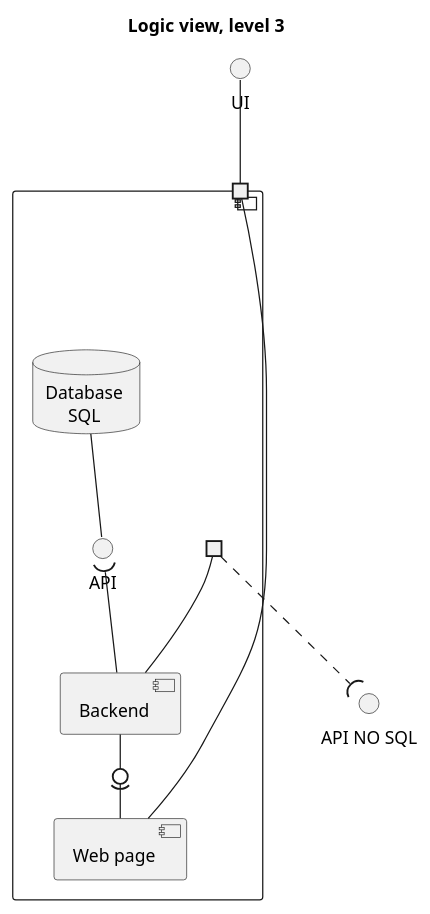
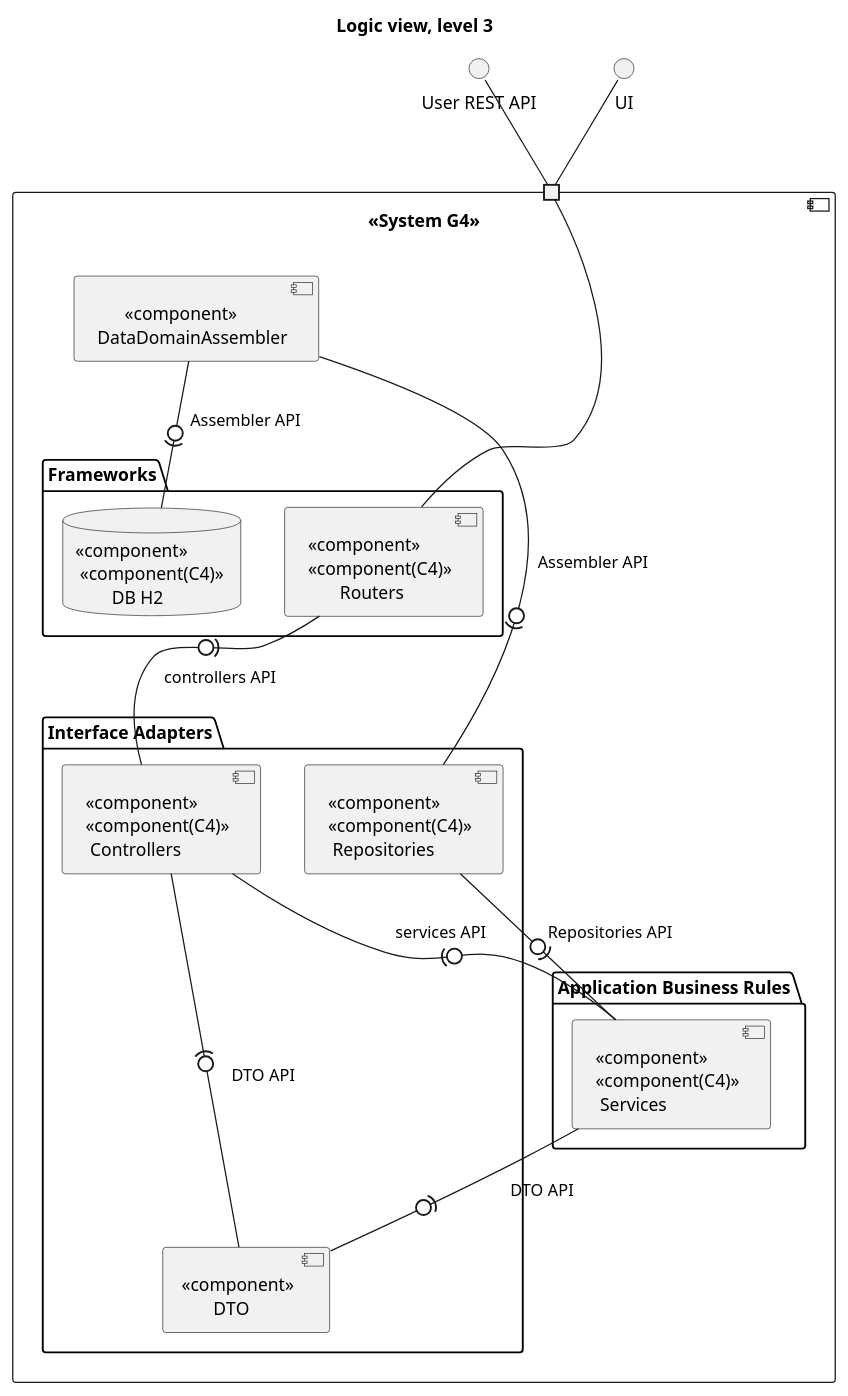
One commit to Loracline/project_switch_22-23 changed the third of 3 diagrams in docs/architectural_design_model/logic_view.puml. Above: the diagram before and after it, drawn with PlantUML. The commit also changed other lines of this file and 1 other file, not shown here.

Commit message:
NO US : Analysis and design : Update of architectural design model references #675

```diff
--- a/docs/architectural_design_model/logic_view.puml
+++ b/docs/architectural_design_model/logic_view.puml
@@ -33,19 +36,37 @@
 @startuml
 title Logic view, level 3
-component {
-  portin " " as pIn
-  portout " " as pOut
-  component "Web page" as web
-  component "Backend" as be
-  database "Database \n     SQL" as db
-  interface "API" as api
+() "User REST API" as API
+() "UI" as UI
+component "<<System G4>>" as G4 {
+port " "
+
+package "Frameworks" {
+
+  [ <<component>>\n <<component(C4)>>\n        Routers] as R
+  database "<<component>> \n <<component(C4)>> \n        DB H2" as DB
+
+  }
+
+component "       <<component>> \n DataDomainAssembler" as schema
+
+package "Interface Adapters" {
+  [<<component>> \n       DTO] as DTO
+  [ <<component>>\n <<component(C4)>>\n  Controllers] as Cont
+  [ <<component>>\n <<component(C4)>>\n  Repositories] as Rep
 }
-UI -- pIn
-pIn -- web
-be -- pOut
-pOut ..( "API NO SQL"
-be -0)- web
-db -- api
-api )-- be
 
+package "Application Business Rules" {
+    [ <<component>>\n <<component(C4)>>\n  Services] as Serv
+}
+
+R -(0- Cont : controllers API
+Cont -(0- Serv : services API
+Cont -(0-- DTO : DTO API
+Serv -(0- DTO : DTO API
+Serv -(0- Rep : Repositories API
+Rep -(0- schema: Assembler API
+schema -0)- DB: Assembler API
+API -- " "
+UI -- " "
+" " -- R
 @enduml
```
